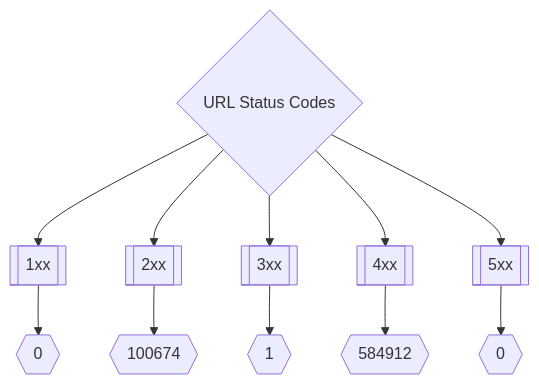
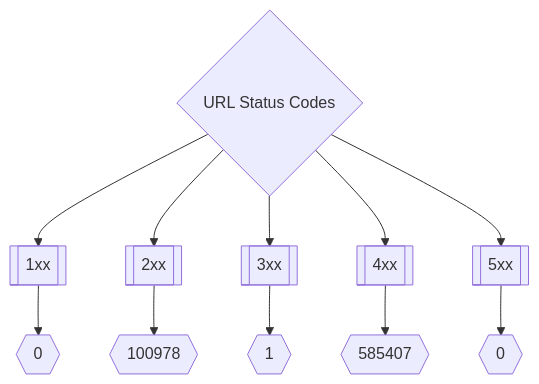
The second of 3 diagrams in README.md (trickest/inventory), drawn with Mermaid before and after one commit. The commit also changed other lines of this file, not shown here.

Commit message:
Update README.md Wed Jul 27 21:29:03 UTC 2022

````diff
--- a/README.md
+++ b/README.md
@@ -175,8 +175,8 @@
 ```mermaid
 graph TD
 title{URL Status Codes} --> 1xx[[1xx]] --> status1xxNum{{0}}
-title --> 2xx[[2xx]] --> status2xxNum{{100674}}
+title --> 2xx[[2xx]] --> status2xxNum{{100978}}
 title --> 3xx[[3xx]] --> status3xxNum{{1}}
-title --> 4xx[[4xx]] --> status4xxNum{{584912}}
+title --> 4xx[[4xx]] --> status4xxNum{{585407}}
 title --> 5xx[[5xx]] --> status5xxNum{{0}}
 ```
````
